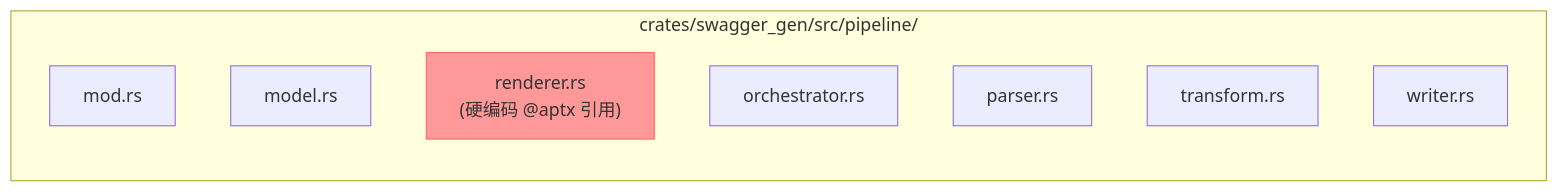
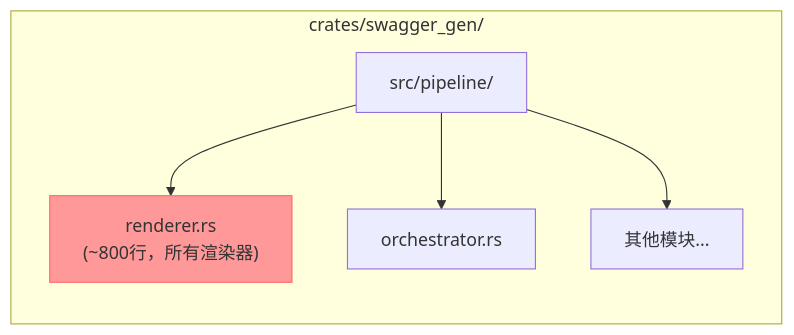
The third of 7 diagrams in docs/architecture-migration.md (HaibaraAiAPTX/frontend_tk_rs), drawn with Mermaid before and after one commit. The commit also changed other lines of this file and 71 other files, not shown here.

````diff
--- a/docs/architecture-migration.md
+++ b/docs/architecture-migration.md
@@ -871,14 +504,11 @@
 ```mermaid
 graph LR
-    subgraph pipeline["crates/swagger_gen/src/pipeline/"]
-        A["mod.rs"]
-        B["model.rs"]
-        C["renderer.rs<br/>(硬编码 @aptx 引用)"]
-        D["orchestrator.rs"]
-        E["parser.rs"]
-        F["transform.rs"]
-        G["writer.rs"]
+    subgraph swagger_gen["crates/swagger_gen/"]
+        A["src/pipeline/"]
+        A --> B["renderer.rs<br/>(~800行，所有渲染器)"]
+        A --> C["orchestrator.rs"]
+        A --> D["其他模块..."]
     end
 
-    style C fill:#f99,stroke:#f66
+    style B fill:#f99,stroke:#f66
 ```
````
